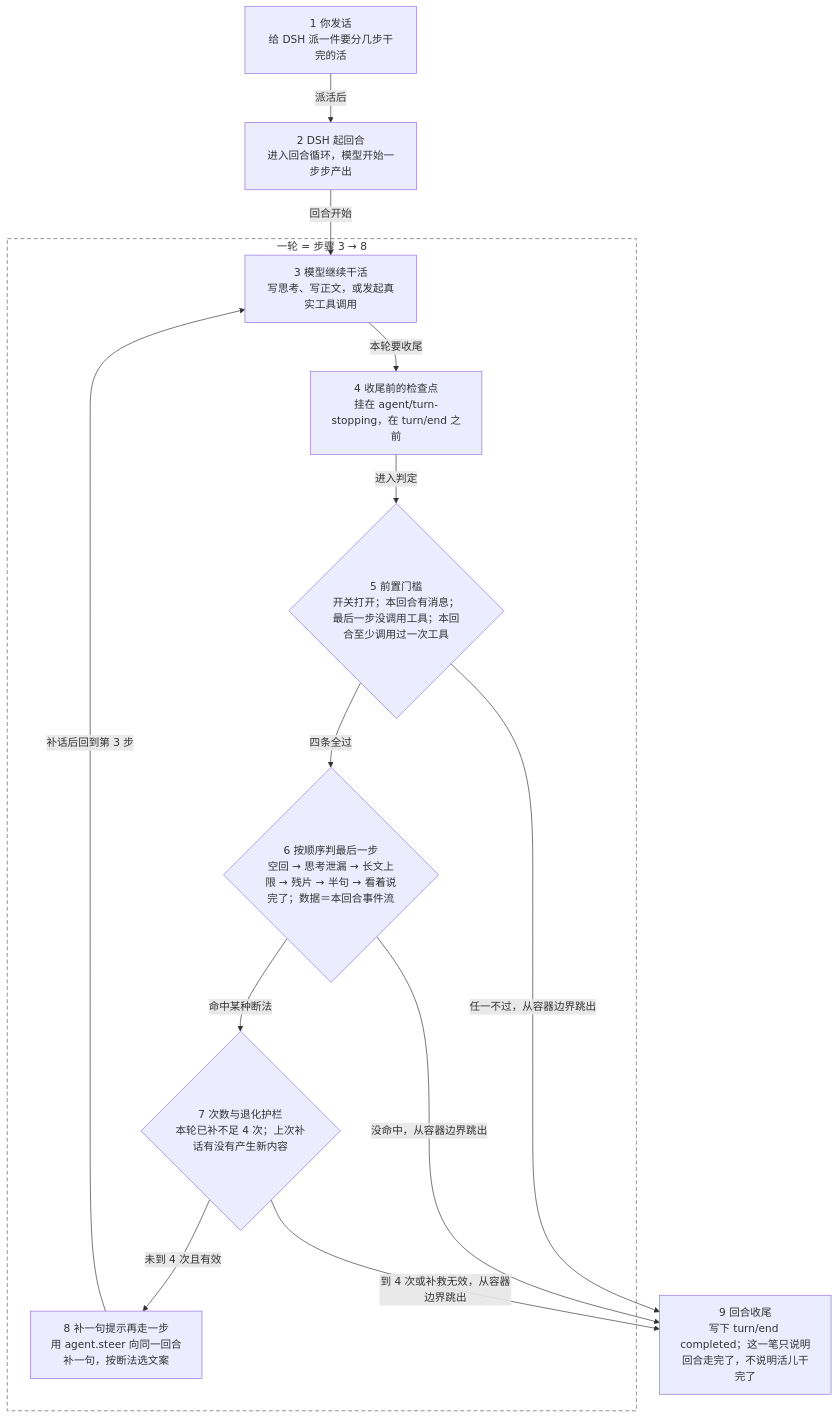
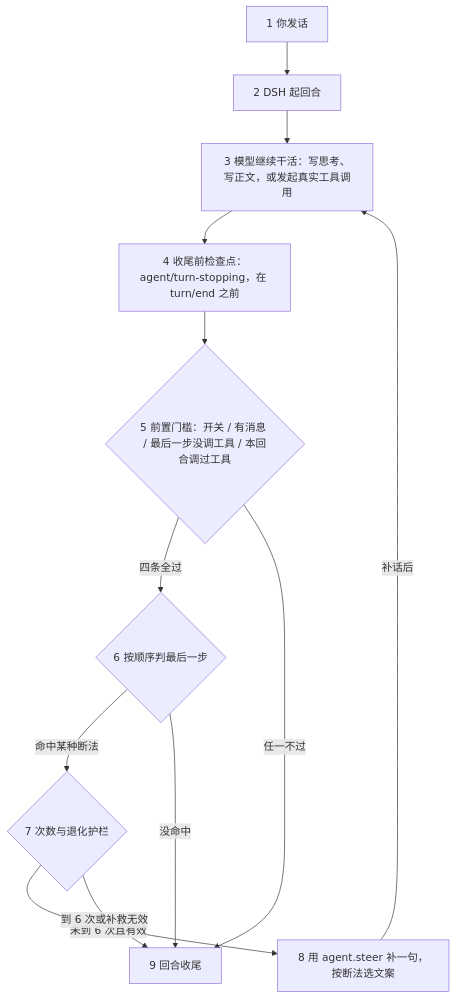
One commit to gpboyer2/dsh-toolcall-text-guard changed the diagram in README.md. Above: the diagram before and after it, drawn with Mermaid. The commit also changed other lines of this file and 1 other file, not shown here.

````diff
--- a/README.md
+++ b/README.md
@@ -39,27 +30,14 @@
 ```mermaid
 flowchart TD
-    N1["1 你发话<br/>给 DSH 派一件要分几步干完的活"]
-    N2["2 DSH 起回合<br/>进入回合循环，模型开始一步步产出"]
-    subgraph LOOP["一轮 = 步骤 3 → 8"]
-        N3["3 模型继续干活<br/>写思考、写正文，或发起真实工具调用"]
-        N4["4 收尾前的检查点<br/>挂在 agent/turn-stopping，在 turn/end 之前"]
-        N5{"5 前置门槛<br/>开关打开；本回合有消息；最后一步没调用工具；本回合至少调用过一次工具"}
-        N6{"6 按顺序判最后一步<br/>空回 → 思考泄漏 → 长文上限 → 残片 → 半句 → 看着说完了；数据＝本回合事件流"}
-        N7{"7 次数与退化护栏<br/>本轮已补不足 4 次；上次补话有没有产生新内容"}
-        N8["8 补一句提示再走一步<br/>用 agent.steer 向同一回合补一句，按断法选文案"]
-    end
-    N9["9 回合收尾<br/>写下 turn/end completed；这一笔只说明回合走完了，不说明活儿干完了"]
-
-    N1 -->|派活后| N2
-    N2 -->|回合开始| N3
-    N3 -->|本轮要收尾| N4
-    N4 -->|进入判定| N5
-    N5 -->|四条全过| N6
-    N5 -->|任一不过，从容器边界跳出| N9
-    N6 -->|命中某种断法| N7
-    N6 -->|没命中，从容器边界跳出| N9
-    N7 -->|未到 4 次且有效| N8
-    N7 -->|到 4 次或补救无效，从容器边界跳出| N9
-    N8 -->|补话后回到第 3 步| N3
-    style LOOP fill:#ffffff,stroke:#5F5E5A,stroke-dasharray:6 4
+    N1["1 你发话"] --> N2["2 DSH 起回合"]
+    N2 --> N3["3 模型继续干活：写思考、写正文，或发起真实工具调用"]
+    N3 --> N4["4 收尾前检查点：agent/turn-stopping，在 turn/end 之前"]
+    N4 --> N5{"5 前置门槛：开关 / 有消息 / 最后一步没调工具 / 本回合调过工具"}
+    N5 -->|四条全过| N6{"6 按顺序判最后一步"}
+    N5 -->|任一不过| N9["9 回合收尾"]
+    N6 -->|命中某种断法| N7{"7 次数与退化护栏"}
+    N6 -->|没命中| N9
+    N7 -->|未到 6 次且有效| N8["8 用 agent.steer 补一句，按断法选文案"]
+    N7 -->|到 6 次或补救无效| N9
+    N8 -->|补话后| N3
 ```
````
